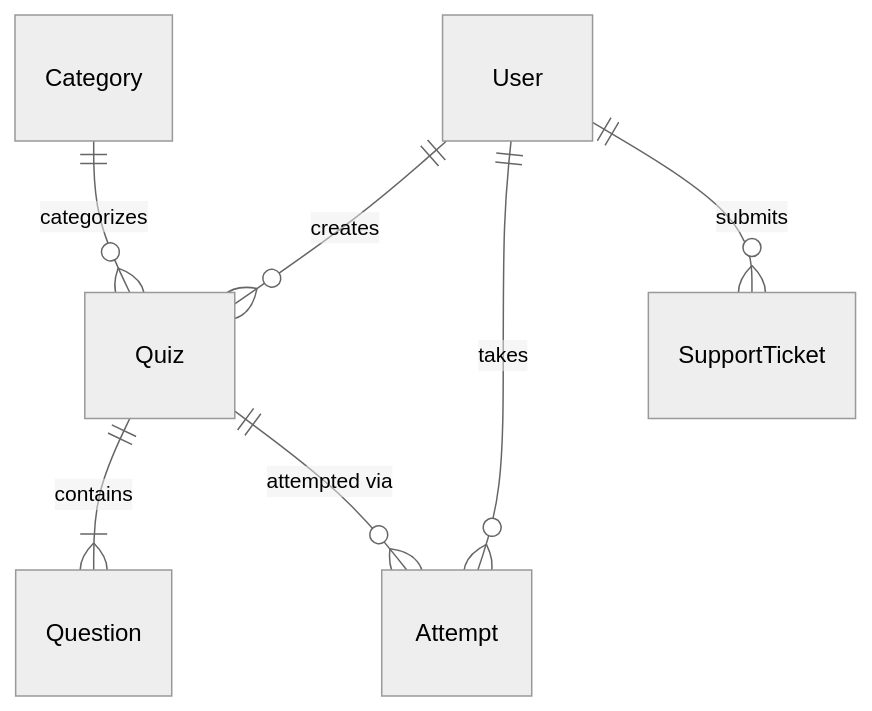
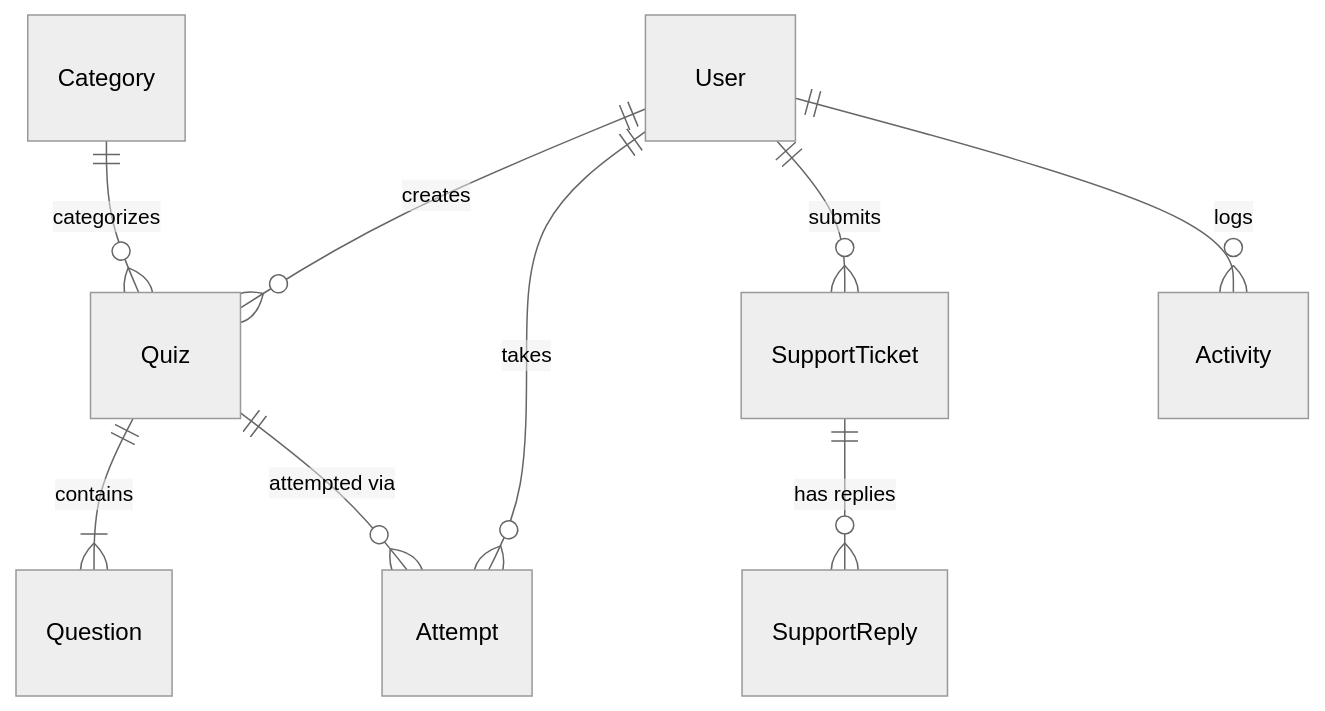
The diagram in README.md (ragnarStark79/quizz-app), drawn with Mermaid (neutral theme) before and after one commit. The commit also changed other lines of this file, not shown here.

````diff
--- a/README.md
+++ b/README.md
@@ -184,9 +258,11 @@
 ```mermaid
 erDiagram
     User ||--o{ Quiz : creates
     User ||--o{ Attempt : takes
     User ||--o{ SupportTicket : submits
+    User ||--o{ Activity : logs
     Quiz ||--|{ Question : contains
     Quiz ||--o{ Attempt : "attempted via"
     Category ||--o{ Quiz : categorizes
+    SupportTicket ||--o{ SupportReply : "has replies"
 ```
````
